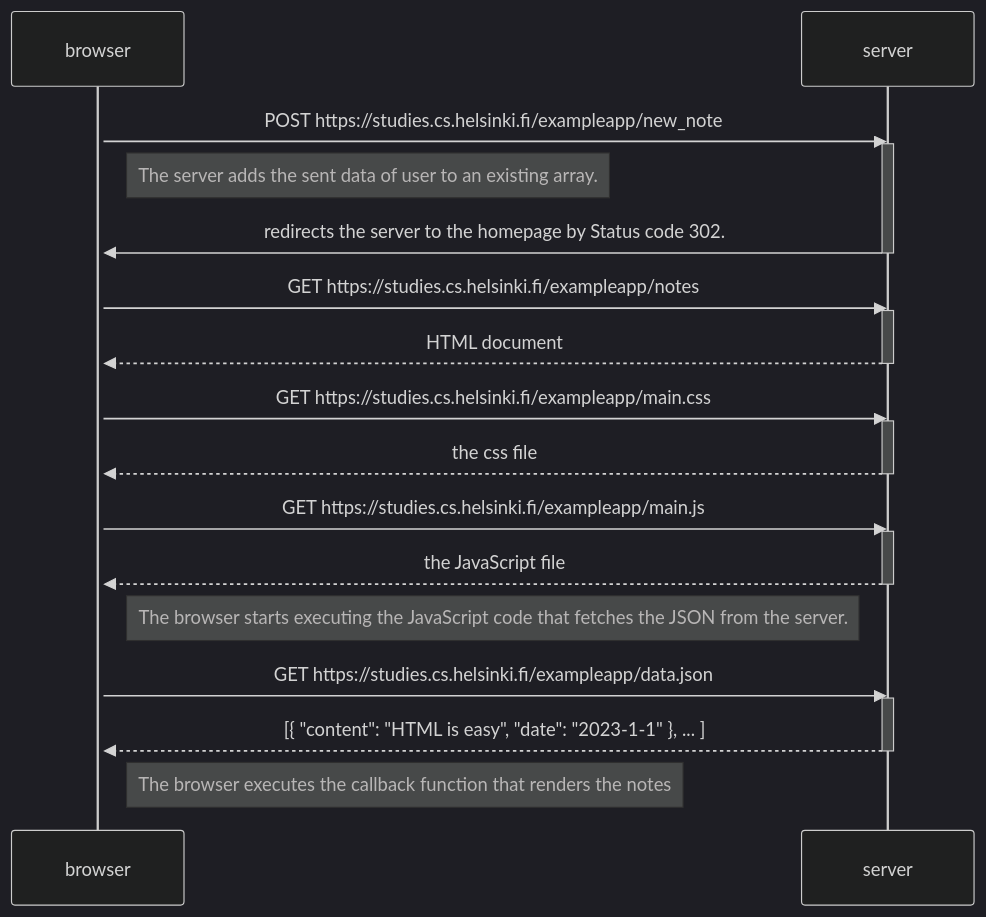
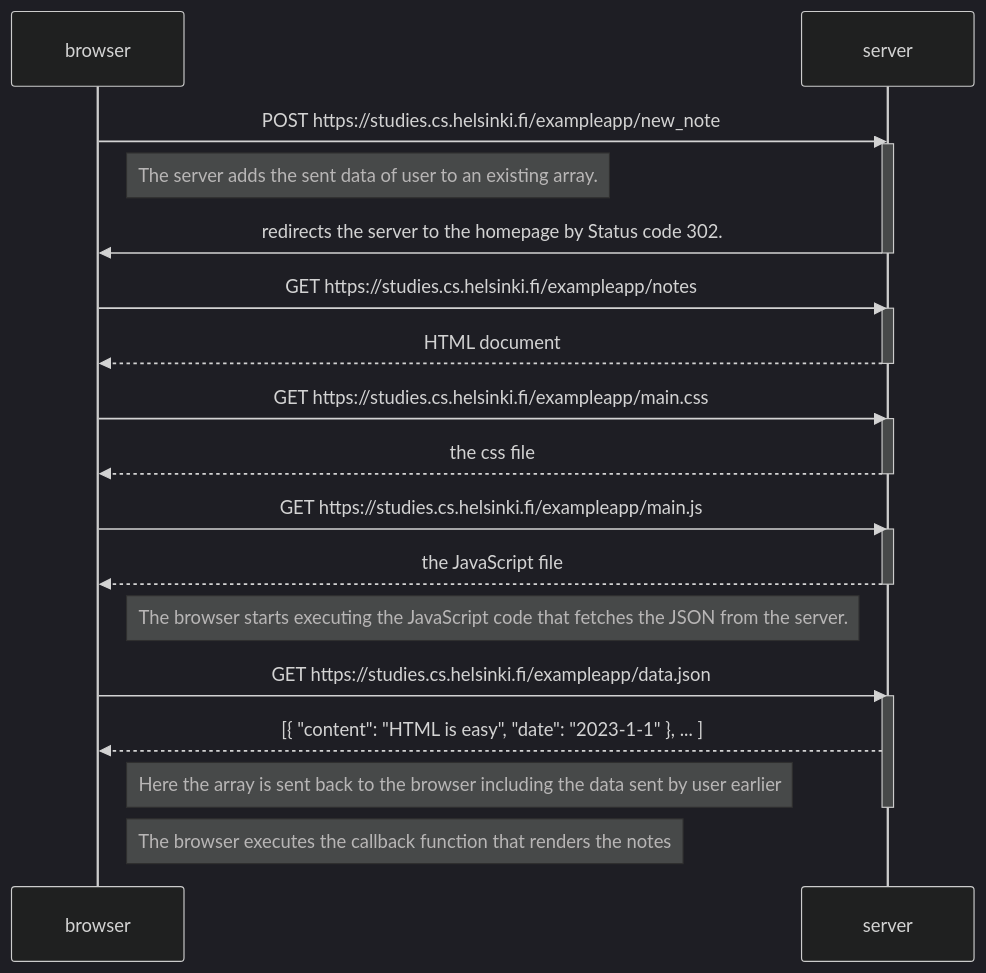
Before and after one commit to AlexandruStefanGherhes/FullStackOpen: the diagram in part0/README.MD, drawn with Mermaid (dark theme).

````diff
--- a/part0/README.MD
+++ b/part0/README.MD
@@ -1,35 +1,36 @@
 ```mermaid
 sequenceDiagram
     participant browser
     participant server
-    activate browser
+
     browser->>server: POST https://studies.cs.helsinki.fi/exampleapp/new_note
     activate server
     Note right of browser: The server adds the sent data of user to an existing array.
     server->>browser: redirects the server to the homepage by Status code 302.
     deactivate server
     browser->>server: GET https://studies.cs.helsinki.fi/exampleapp/notes
     activate server
     server-->>browser: HTML document
     deactivate server
 
     browser->>server: GET https://studies.cs.helsinki.fi/exampleapp/main.css
     activate server
     server-->>browser: the css file
     deactivate server
 
     browser->>server: GET https://studies.cs.helsinki.fi/exampleapp/main.js
     activate server
     server-->>browser: the JavaScript file
     deactivate server
 
     Note right of browser: The browser starts executing the JavaScript code that fetches the JSON from the server.
 
     browser->>server: GET https://studies.cs.helsinki.fi/exampleapp/data.json
     activate server
     server-->>browser: [{ "content": "HTML is easy", "date": "2023-1-1" }, ... ]
+    Note right of browser: Here the array is sent back to the browser including the data sent by user earlier
     deactivate server
 
     Note right of browser: The browser executes the callback function that renders the notes
 
 ```
````
